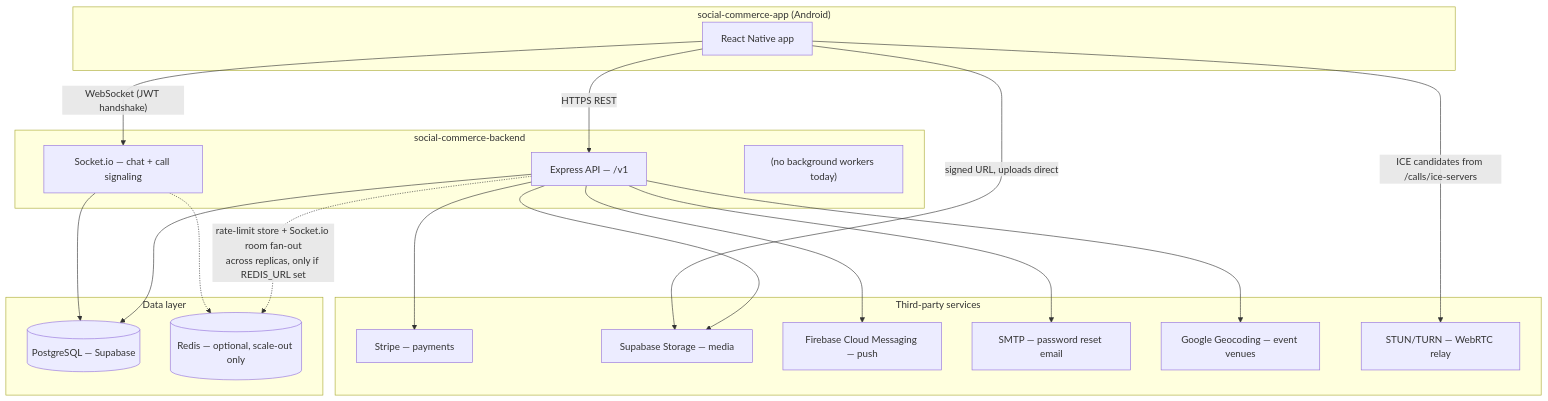
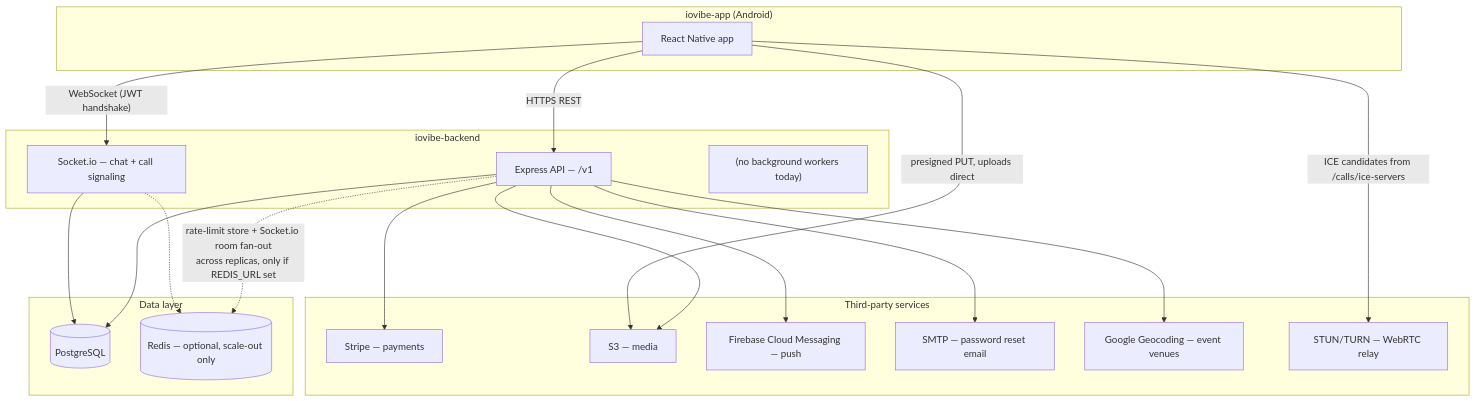
The diagram in docs/01-system-overview.md (link2salman/social-commerce-backend), drawn with Mermaid before and after one commit. The commit also changed other lines of this file and 29 other files, not shown here.

````diff
--- a/docs/01-system-overview.md
+++ b/docs/01-system-overview.md
@@ -41,40 +41,40 @@
 ```mermaid
 flowchart TB
-    subgraph Client["social-commerce-app (Android)"]
+    subgraph Client["iovibe-app (Android)"]
         RN["React Native app"]
     end
 
-    subgraph Backend["social-commerce-backend"]
+    subgraph Backend["iovibe-backend"]
         API["Express API — /v1"]
         WS["Socket.io — chat + call signaling"]
         Worker["(no background workers today)"]
     end
 
     subgraph Data["Data layer"]
-        PG[("PostgreSQL — Supabase")]
+        PG[("PostgreSQL")]
         Redis[("Redis — optional, scale-out only")]
     end
 
     subgraph ThirdParty["Third-party services"]
         Stripe["Stripe — payments"]
-        Storage["Supabase Storage — media"]
+        Storage["S3 — media"]
         FCM["Firebase Cloud Messaging — push"]
         SMTP["SMTP — password reset email"]
         Geo["Google Geocoding — event venues"]
         TURN["STUN/TURN — WebRTC relay"]
     end
 
     RN -- "HTTPS REST" --> API
     RN -- "WebSocket (JWT handshake)" --> WS
     API --> PG
     WS --> PG
     API -.->|"rate-limit store + Socket.io room fan-out\nacross replicas, only if REDIS_URL set"| Redis
     WS -.-> Redis
     API --> Stripe
     API --> Storage
-    RN -- "signed URL, uploads direct" --> Storage
+    RN -- "presigned PUT, uploads direct" --> Storage
     API --> FCM
     API --> SMTP
     API --> Geo
     RN -- "ICE candidates from /calls/ice-servers" --> TURN
 ```
````
